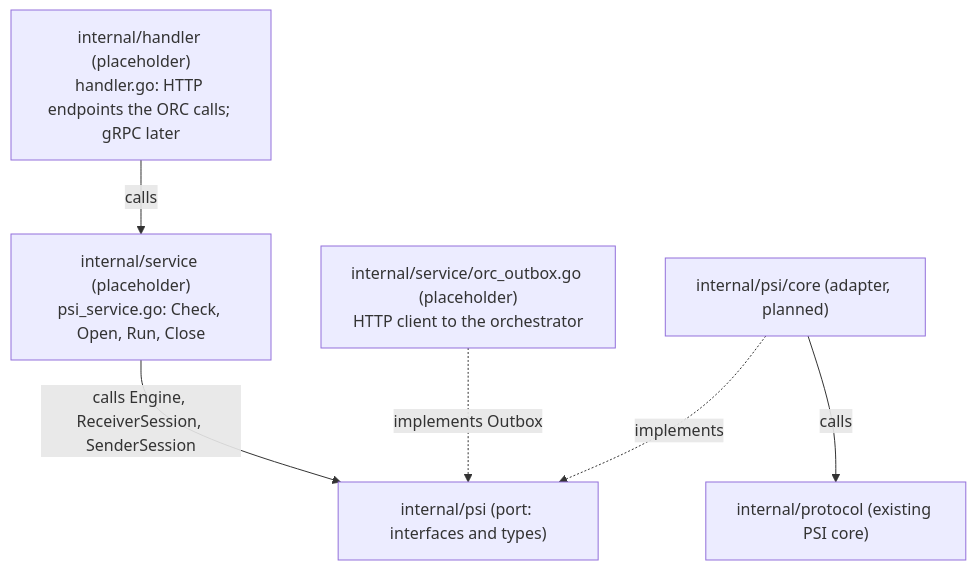
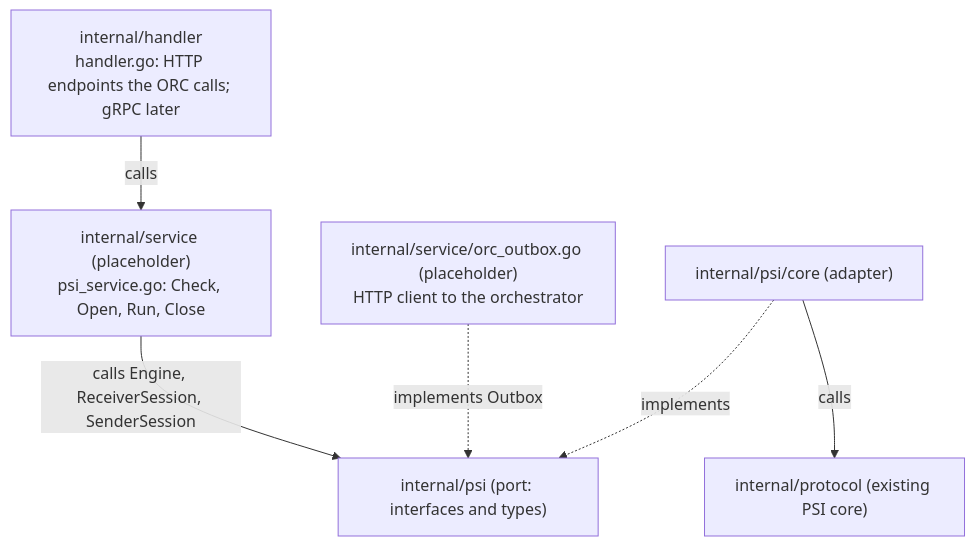
The first of 2 diagrams in internal/psi/README.md (XSpring/minipsi-relay), drawn with Mermaid before and after one commit. The commit also changed other lines of this file and 7 other files, not shown here.

First line of the commit message:
feat(psi): add the engine adapter over the psi core

````diff
--- a/internal/psi/README.md
+++ b/internal/psi/README.md
@@ -23,8 +23,8 @@
 ```mermaid
 flowchart TD
-    H["internal/handler (placeholder)<br/>handler.go: HTTP endpoints the ORC calls; gRPC later"] -->|calls| S["internal/service (placeholder)<br/>psi_service.go: Check, Open, Run, Close"]
+    H["internal/handler<br/>handler.go: HTTP endpoints the ORC calls; gRPC later"] -->|calls| S["internal/service (placeholder)<br/>psi_service.go: Check, Open, Run, Close"]
     S -->|"calls Engine, ReceiverSession, SenderSession"| P["internal/psi (port: interfaces and types)"]
     O["internal/service/orc_outbox.go (placeholder)<br/>HTTP client to the orchestrator"] -.->|implements Outbox| P
-    A["internal/psi/core (adapter, planned)"] -.->|implements| P
+    A["internal/psi/core (adapter)"] -.->|implements| P
     A -->|calls| K["internal/protocol (existing PSI core)"]
 ```
````
